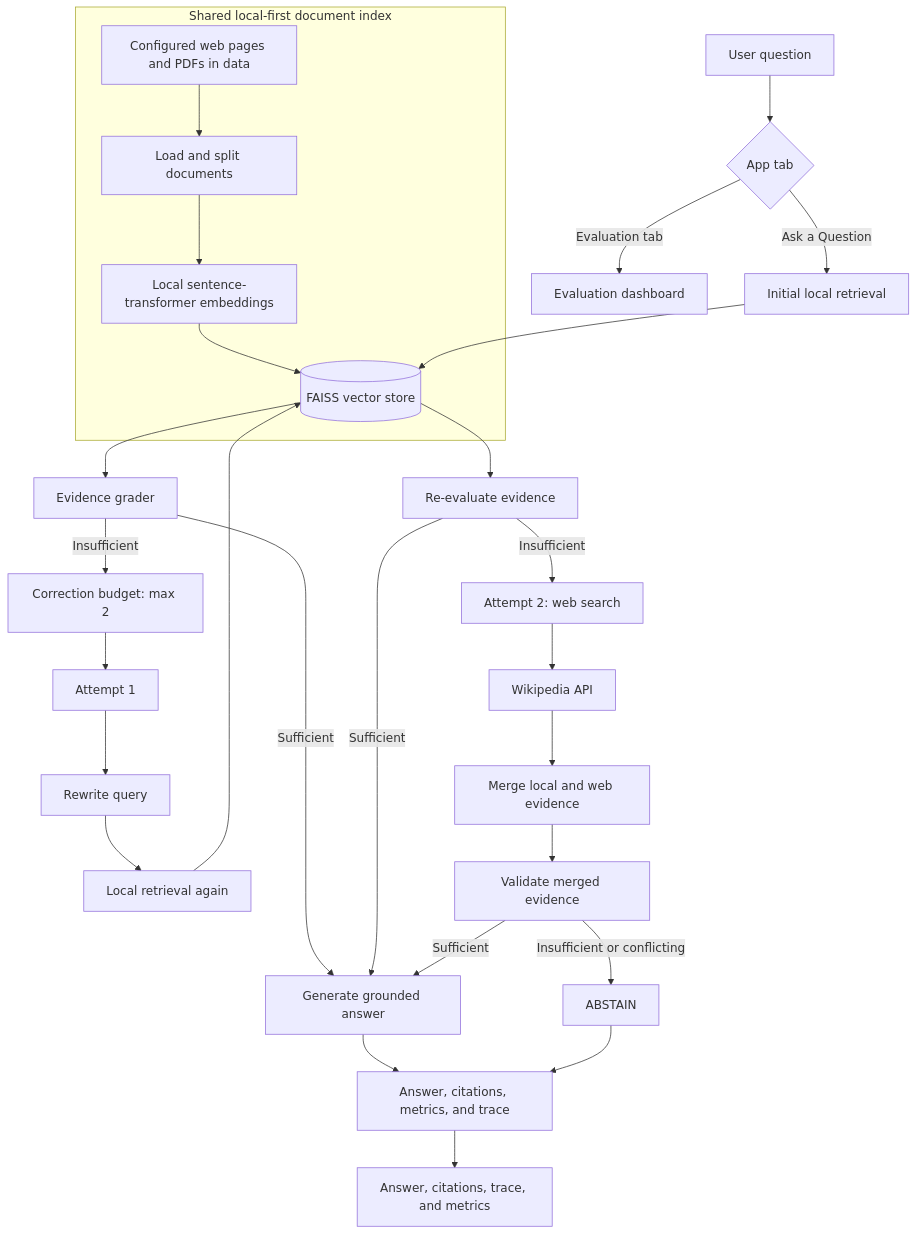
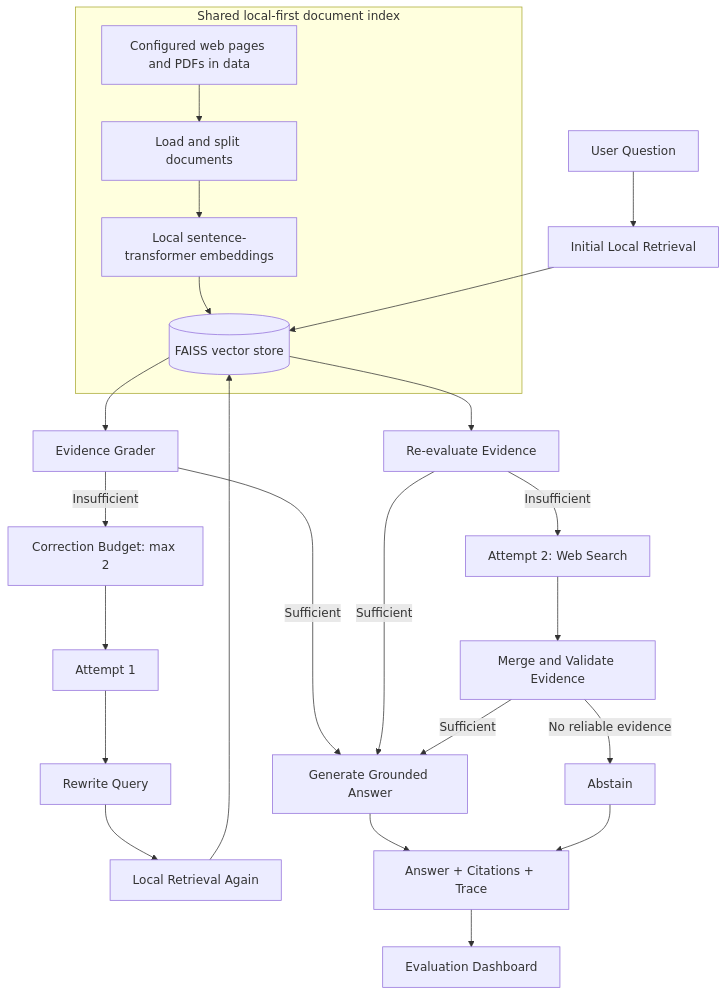
One commit to proindra/prompt_mini_project changed the diagram in README.md. Above: the diagram before and after it, drawn with Mermaid. The commit also changed other lines of this file and 3 other files, not shown here.

Commit message:
Align app flow with strict CRAG architecture

````diff
--- a/README.md
+++ b/README.md
@@ -151,35 +149,31 @@
 ```mermaid
 flowchart TD
-    Q[User question] --> UI{App tab}
+    Q[User Question] --> RET1[Initial Local Retrieval]
 
     subgraph SharedIndex[Shared local-first document index]
         SRC[Configured web pages and PDFs in data]
         PROC[Load and split documents]
         EMB[Local sentence-transformer embeddings]
         V[(FAISS vector store)]
         SRC --> PROC --> EMB --> V
     end
 
-    UI -->|Ask a Question| RET1[Initial local retrieval]
     RET1 --> V
-    V --> GRADE1[Evidence grader]
-    GRADE1 -->|Sufficient| GEN[Generate grounded answer]
-    GRADE1 -->|Insufficient| BUDGET[Correction budget: max 2]
+    V --> GRADE1[Evidence Grader]
+    GRADE1 -->|Sufficient| GEN[Generate Grounded Answer]
+    GRADE1 -->|Insufficient| BUDGET[Correction Budget: max 2]
     BUDGET --> ATTEMPT1[Attempt 1]
-    ATTEMPT1 --> REWRITE[Rewrite query]
-    REWRITE --> RET2[Local retrieval again]
+    ATTEMPT1 --> REWRITE[Rewrite Query]
+    REWRITE --> RET2[Local Retrieval Again]
     RET2 --> V
-    V --> GRADE2[Re-evaluate evidence]
+    V --> GRADE2[Re-evaluate Evidence]
     GRADE2 -->|Sufficient| GEN
-    GRADE2 -->|Insufficient| ATTEMPT2[Attempt 2: web search]
-    ATTEMPT2 --> WEB[Wikipedia API]
-    WEB --> MERGE[Merge local and web evidence]
-    MERGE --> GRADE3[Validate merged evidence]
-    GRADE3 -->|Sufficient| GEN
-    GRADE3 -->|Insufficient or conflicting| ABSTAIN
+    GRADE2 -->|Insufficient| ATTEMPT2[Attempt 2: Web Search]
+    ATTEMPT2 --> MERGE[Merge and Validate Evidence]
+    MERGE -->|Sufficient| GEN
+    MERGE -->|No reliable evidence| ABSTAIN[Abstain]
 
-    GEN --> RESULT[Answer, citations, metrics, and trace]
+    GEN --> RESULT[Answer + Citations + Trace]
     ABSTAIN --> RESULT
-    RESULT --> DASH[Answer, citations, trace, and metrics]
-    UI -->|Evaluation tab| EVAL[Evaluation dashboard]
+    RESULT --> EVAL[Evaluation Dashboard]
 ```
````
